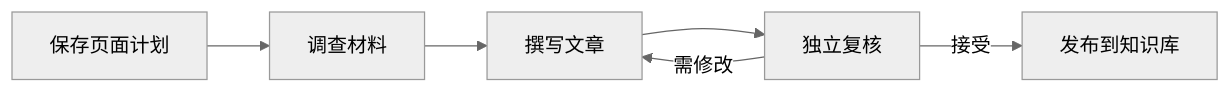
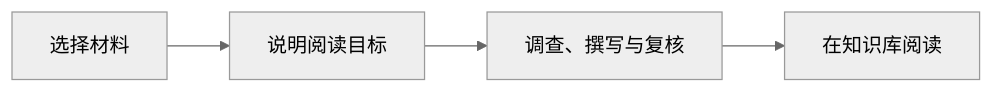
One commit to lejunyang/omem changed the diagram in .repo-review/knowledge/articles/6e759d62e9d979106e38f747df2b358de8e7de1b87bc619a0cf7673070409bef.md. Above: the diagram before and after it, drawn with Mermaid (neutral theme). The commit also changed other lines of this file and 3 other files, not shown here.

````diff
--- a/.repo-review/knowledge/articles/6e759d62e9d979106e38f747df2b358de8e7de1b87bc619a0cf7673070409bef.md
+++ b/.repo-review/knowledge/articles/6e759d62e9d979106e38f747df2b358de8e7de1b87bc619a0cf7673070409bef.md
@@ -27,8 +29,6 @@
 ```mermaid
 flowchart LR
-  A[保存页面计划] --> B[调查材料]
-  B --> C[撰写文章]
-  C --> D[独立复核]
-  D -->|接受| E[发布到知识库]
-  D -->|需修改| C
+  A[选择材料] --> B[说明阅读目标]
+  B --> C[调查、撰写与复核]
+  C --> D[在知识库阅读]
 ```
````
